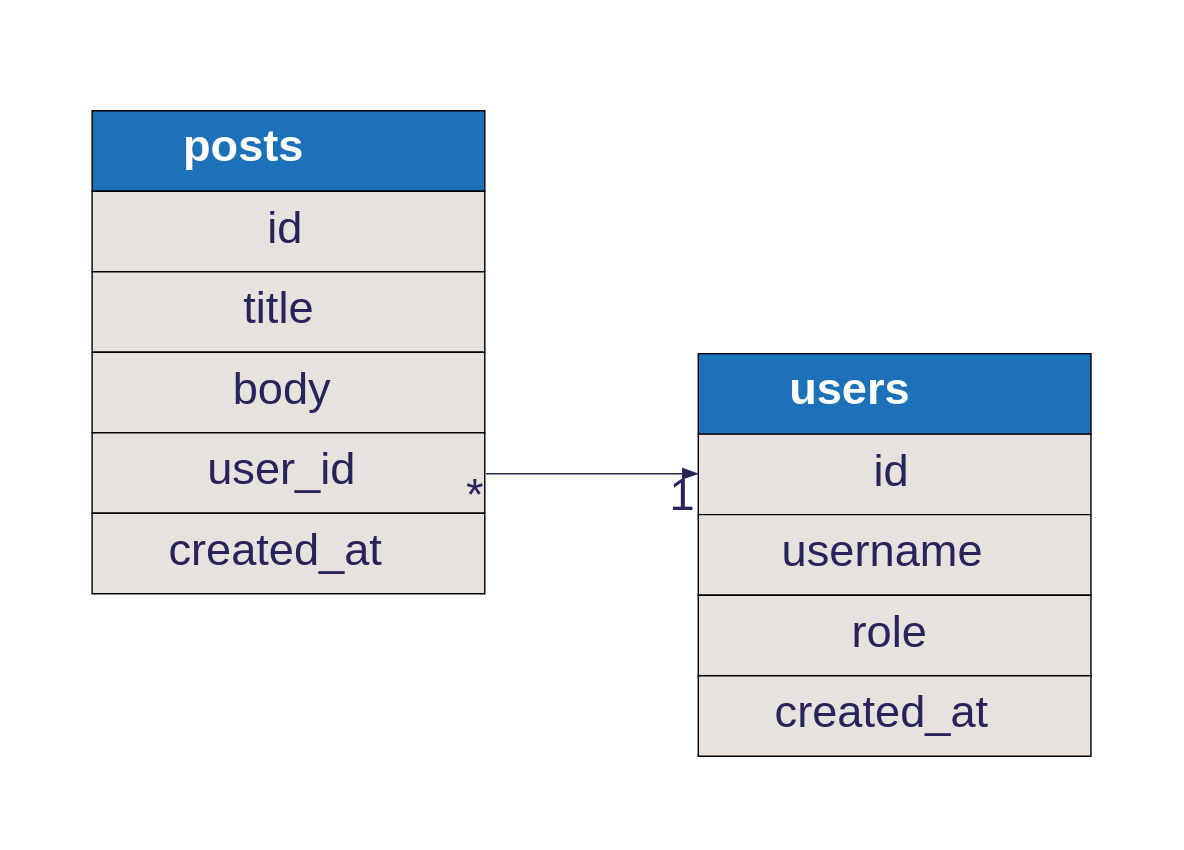
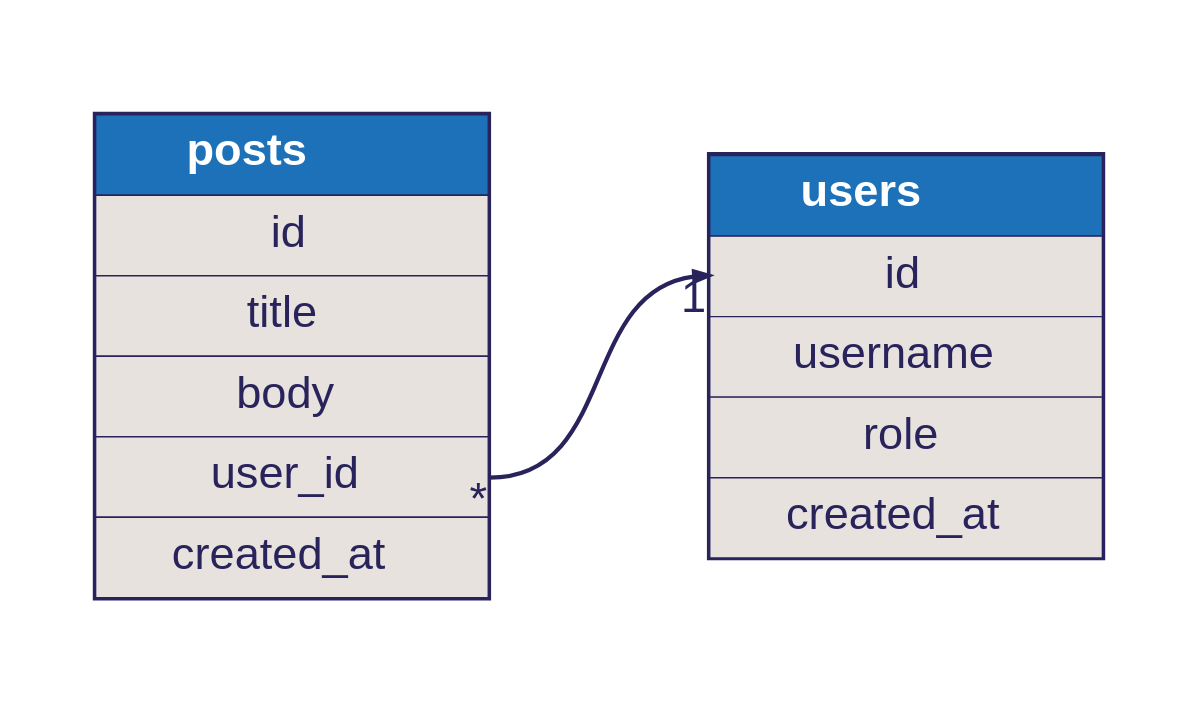
One commit to softwaretechnik-berlin/dbml-renderer changed the diagram in examples/user-posts.dbml.dot. Above: the diagram before and after it, drawn with Graphviz. The commit also changed 12 other files, not shown here.

```diff
--- a/examples/user-posts.dbml.dot
+++ b/examples/user-posts.dbml.dot
@@ -1,26 +1,27 @@
 digraph dbml {
       rankdir=LR;
       graph [fontname="helvetica", fontsize=32, fontcolor="#29235c", bgcolor="transparent"];
       node [penwidth=0, margin=0, fontname="helvetica", fontsize=32, fontcolor="#29235c"];
       edge [fontname="helvetica", fontsize=32, fontcolor="#29235c", color="#29235c"];
 
       
       
-      "users" [id=users;label=<<TABLE BORDER="0" CELLBORDER="1" CELLSPACING="0" CELLPADDING="10" >
+      "users" [id=users;label=<<TABLE BORDER="2" COLOR="#29235c" CELLBORDER="1" CELLSPACING="0" CELLPADDING="10" >
       <TR><TD PORT="f0" WIDTH="150" BGCOLOR="#1d71b8"><font color="#ffffff"><B>       users       </B></font></TD></TR>
 <TR><TD PORT="f1" BGCOLOR="#e7e2dd">id</TD></TR>
 <TR><TD PORT="f2" BGCOLOR="#e7e2dd">username</TD></TR>
 <TR><TD PORT="f3" BGCOLOR="#e7e2dd">role</TD></TR>
 <TR><TD PORT="f4" BGCOLOR="#e7e2dd">created_at</TD></TR>
     </TABLE>>];
-"posts" [id=posts;label=<<TABLE BORDER="0" CELLBORDER="1" CELLSPACING="0" CELLPADDING="10" >
+"posts" [id=posts;label=<<TABLE BORDER="2" COLOR="#29235c" CELLBORDER="1" CELLSPACING="0" CELLPADDING="10" >
       <TR><TD PORT="f0" WIDTH="150" BGCOLOR="#1d71b8"><font color="#ffffff"><B>       posts       </B></font></TD></TR>
 <TR><TD PORT="f1" BGCOLOR="#e7e2dd">id</TD></TR>
 <TR><TD PORT="f2" BGCOLOR="#e7e2dd">title</TD></TR>
 <TR><TD PORT="f3" BGCOLOR="#e7e2dd">body</TD></TR>
 <TR><TD PORT="f4" BGCOLOR="#e7e2dd">user_id</TD></TR>
 <TR><TD PORT="f5" BGCOLOR="#e7e2dd">created_at</TD></TR>
     </TABLE>>];
     
-      posts:f4:e -> users:f1:w [headlabel="1", taillabel="*", arrowhead="normal", arrowtail="none"]
+      posts:0 -> users:0 [style=invis, weight=100, color=red]
+    posts:f4:e -> users:f1:w [penwidth=3, color="#29235c", headlabel="1", taillabel="*", arrowhead="normal", arrowtail="none"]
     }
```
